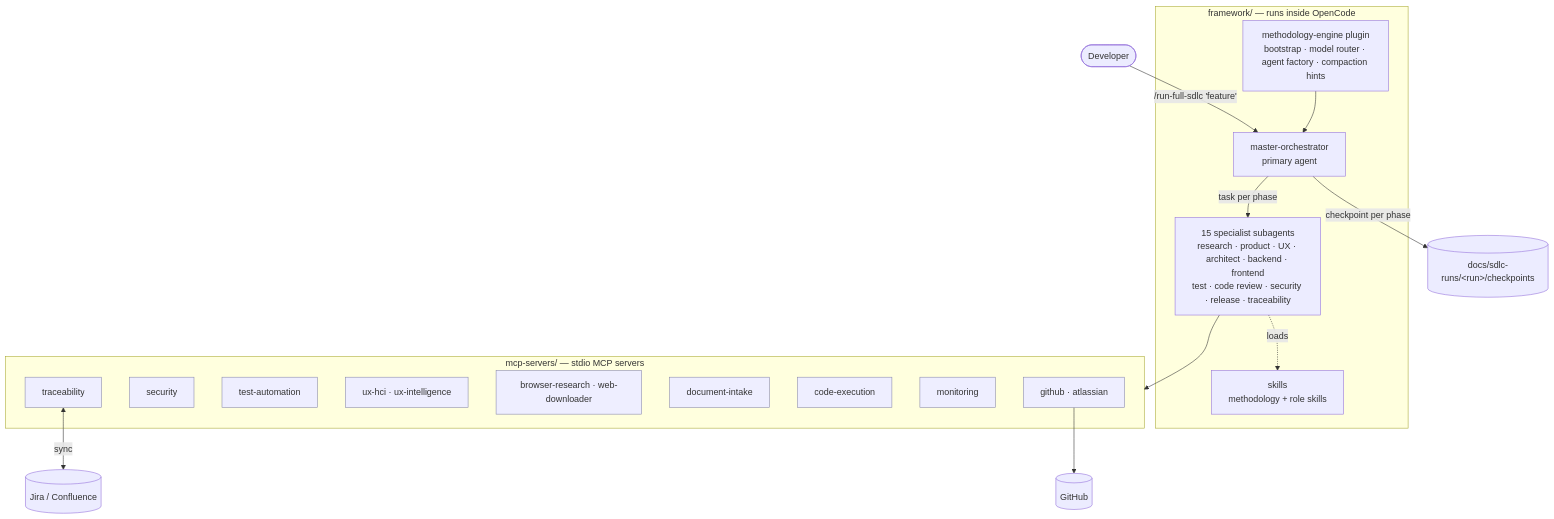
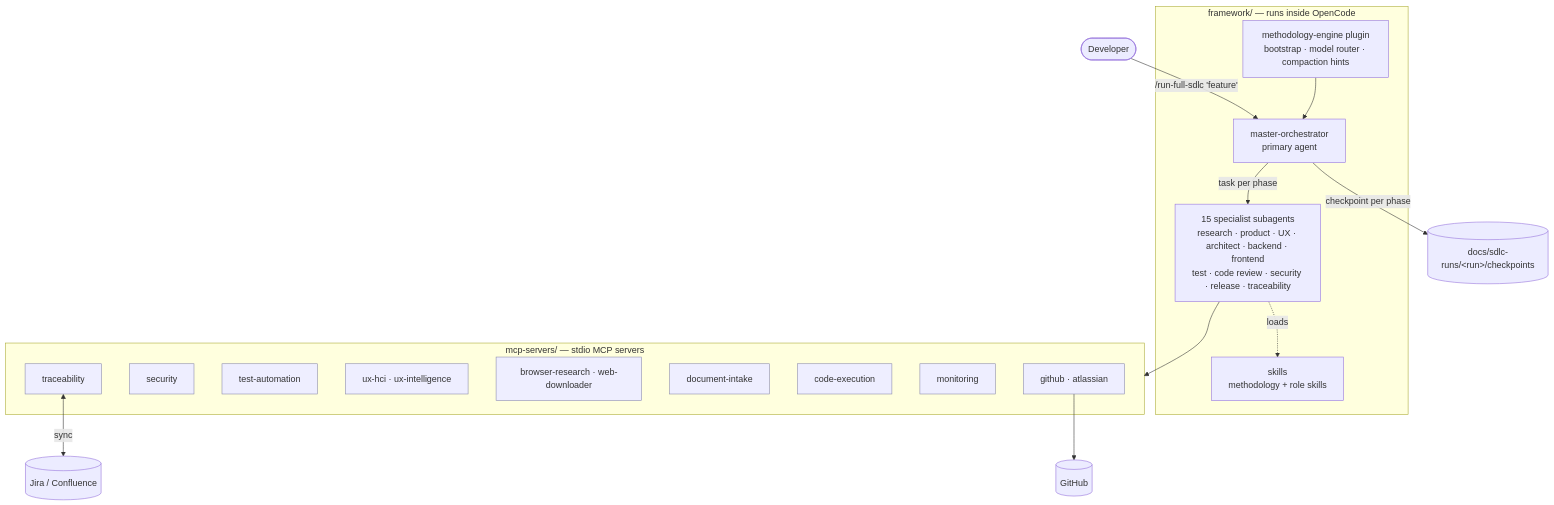
The diagram in docs/architecture.md (aideveloper1976-arch/agentic-sdlc), drawn with Mermaid before and after one commit. The commit also changed other lines of this file and 24 other files, not shown here.

````diff
--- a/docs/architecture.md
+++ b/docs/architecture.md
@@ -7,33 +7,33 @@
 ```mermaid
 flowchart TB
     U([Developer]) -->|"/run-full-sdlc 'feature'"| O
 
     subgraph FW[framework/ — runs inside OpenCode]
-        P[methodology-engine plugin<br/>bootstrap · model router · agent factory · compaction hints]
+        P[methodology-engine plugin<br/>bootstrap · model router · compaction hints]
         O[master-orchestrator<br/>primary agent]
         A[15 specialist subagents<br/>research · product · UX · architect · backend · frontend<br/>test · code review · security · release · traceability]
         S[skills<br/>methodology + role skills]
         P --> O
         O -->|task per phase| A
         A -.loads.-> S
     end
 
     subgraph MCP[mcp-servers/ — stdio MCP servers]
         T[traceability]:::m
         SEC[security]:::m
         TA[test-automation]:::m
         UX[ux-hci · ux-intelligence]:::m
         BR[browser-research · web-downloader]:::m
         DI[document-intake]:::m
         CE[code-execution]:::m
         MO[monitoring]:::m
         GH[github · atlassian]:::m
     end
 
     A --> MCP
     T <-->|sync| J[(Jira / Confluence)]
     GH --> G[(GitHub)]
     O -->|checkpoint per phase| D[(docs/sdlc-runs/&lt;run&gt;/checkpoints)]
 
     classDef m fill:#eef,stroke:#88a
 ```
````
